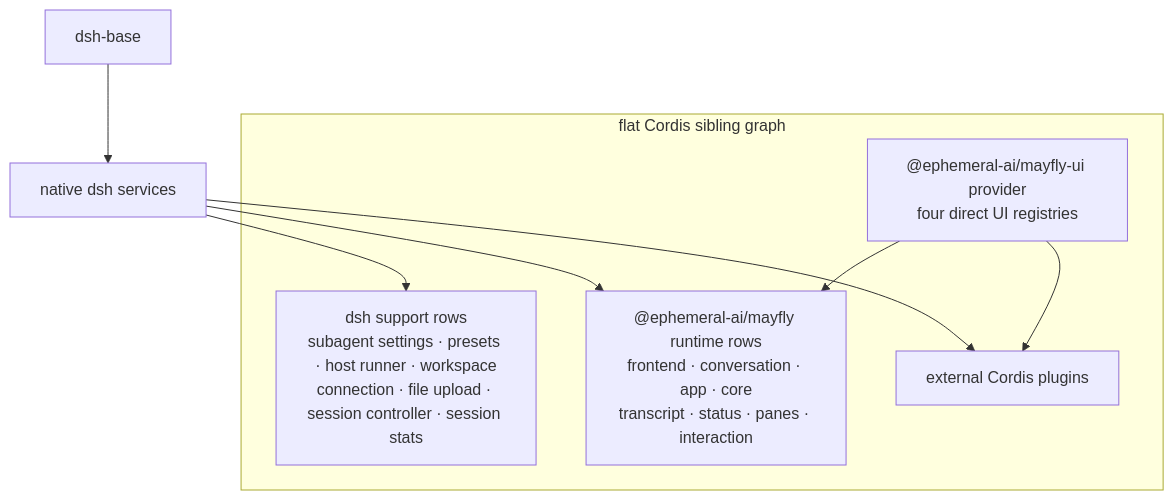
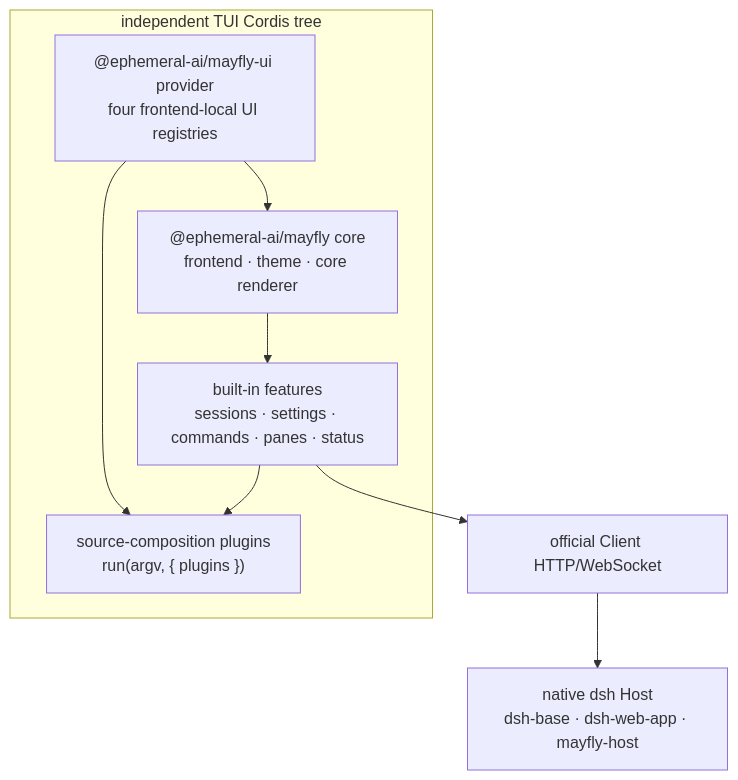
Before and after one commit to Ephemeral-AI-Lab/mayfly: the diagram in docs/diagrams/mayfly-composition.mmd, drawn with Mermaid. The commit also changed 139 other files, not shown here.

First line of the commit message:
docs: describe four packages and the TUI source composition

```diff
--- a/docs/diagrams/mayfly-composition.mmd
+++ b/docs/diagrams/mayfly-composition.mmd
@@ -1,16 +1,16 @@
 flowchart TB
-    BASE["dsh-base"]
-    subgraph GRAPH["flat Cordis sibling graph"]
-        SUPPORT["dsh support rows<br/>subagent settings · presets · host runner · workspace<br/>connection · file upload · session controller · session stats"]
-        UI["@ephemeral-ai/mayfly-ui provider<br/>four direct UI registries"]
-        RUNTIME["@ephemeral-ai/mayfly runtime rows<br/>frontend · conversation · app · core<br/>transcript · status · panes · interaction"]
-        PLUGINS["external Cordis plugins"]
+    HOST["native dsh Host<br/>dsh-base · dsh-web-app · mayfly-host"]
+    subgraph TUI["independent TUI Cordis tree"]
+        UI["@ephemeral-ai/mayfly-ui provider<br/>four frontend-local UI registries"]
+        CORE["@ephemeral-ai/mayfly core<br/>frontend · theme · core renderer"]
+        FEATURES["built-in features<br/>sessions · settings · commands · panes · status"]
+        PLUGINS["source-composition plugins<br/>run(argv, { plugins })"]
     end
-    NATIVE["native dsh services"]
+    CLIENT["official Client HTTP/WebSocket"]
 
-    BASE --> NATIVE
-    NATIVE --> SUPPORT
-    NATIVE --> RUNTIME
-    NATIVE --> PLUGINS
-    UI --> RUNTIME
+    UI --> CORE
+    CORE --> FEATURES
+    FEATURES --> PLUGINS
     UI --> PLUGINS
+    FEATURES --> CLIENT
+    CLIENT --> HOST
```
